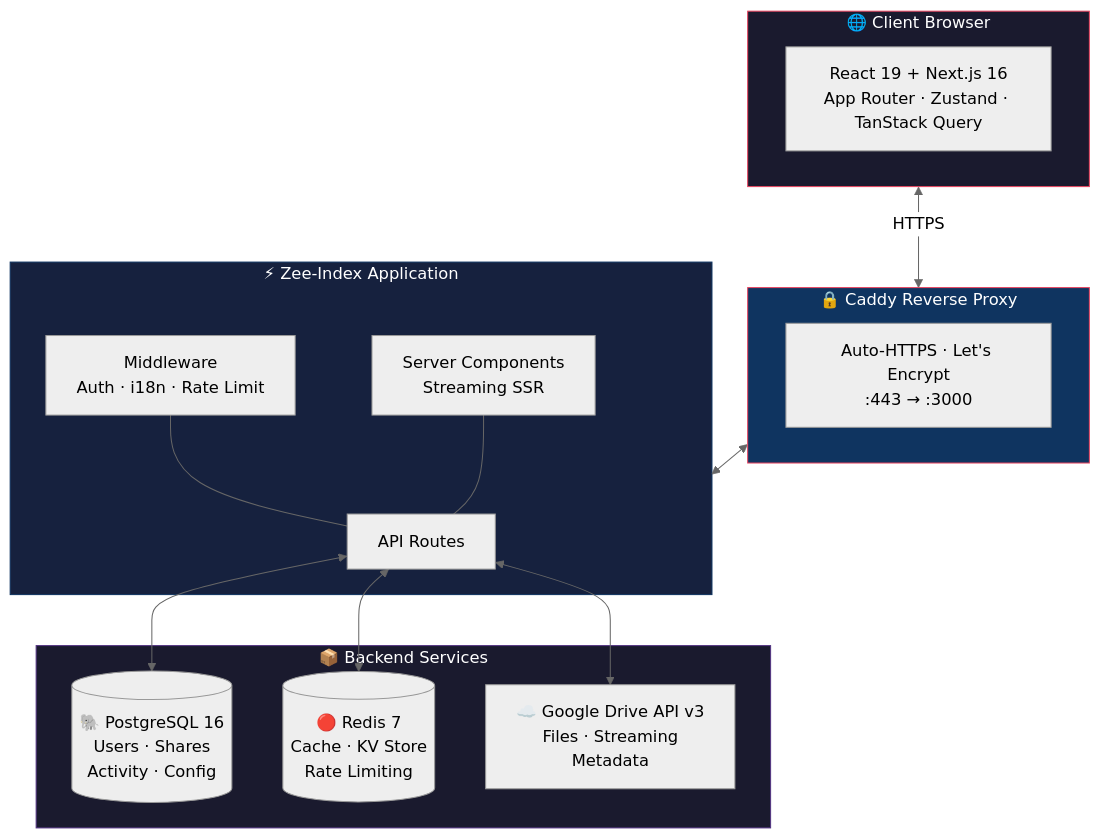
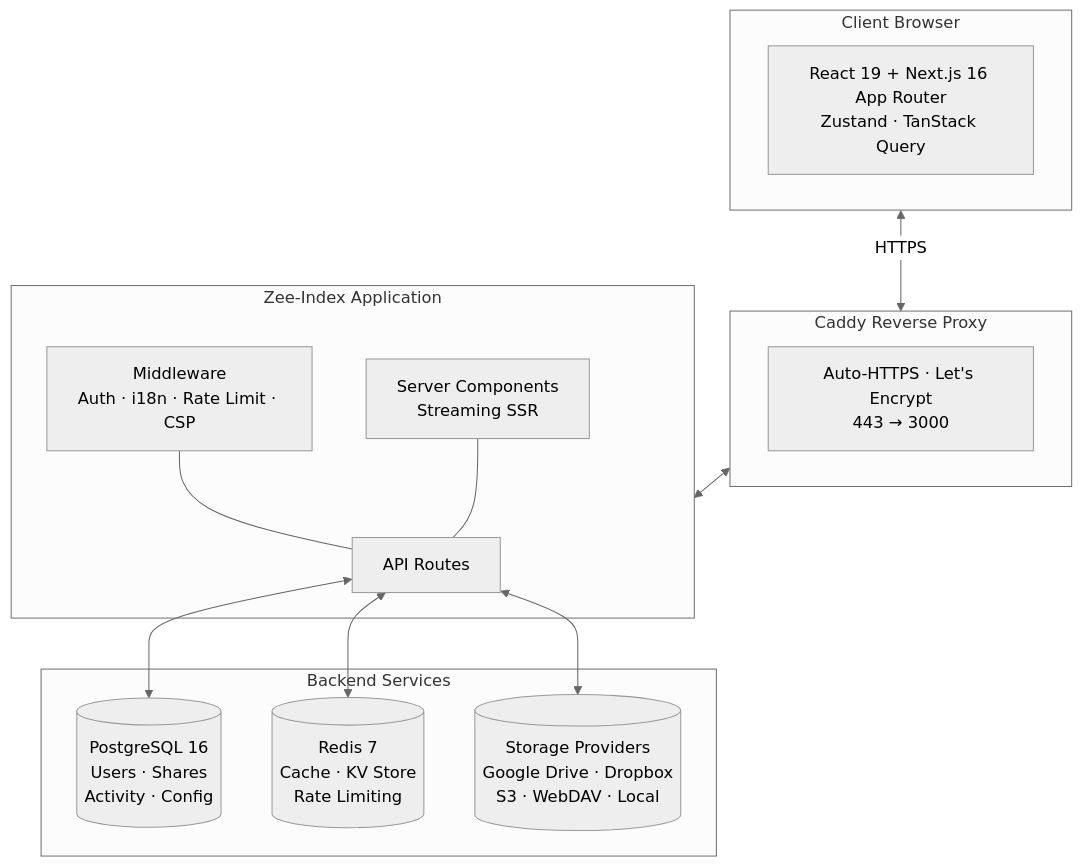
Before and after one commit to ifauzeee/Zee-Index: the diagram in README.md, drawn with Mermaid (neutral theme). The commit also changed other lines of this file and 54 other files, not shown here.

First line of the commit message:
feat(storage): multi-provider support (Dropbox, S3, WebDAV)

````diff
--- a/README.md
+++ b/README.md
@@ -180,35 +147,30 @@
 ```mermaid
 flowchart TB
-    subgraph CLIENT["🌐 Client Browser"]
-        A["React 19 + Next.js 16\nApp Router · Zustand · TanStack Query"]
+    subgraph CLIENT["Client Browser"]
+        A["React 19 + Next.js 16 App Router<br/>Zustand · TanStack Query"]
     end
 
-    subgraph CADDY["🔒 Caddy Reverse Proxy"]
-        B["Auto-HTTPS · Let's Encrypt\n:443 → :3000"]
+    subgraph CADDY["Caddy Reverse Proxy"]
+        B["Auto-HTTPS · Let's Encrypt<br/>443 → 3000"]
     end
 
-    subgraph APP["⚡ Zee-Index Application"]
+    subgraph APP["Zee-Index Application"]
         C["API Routes"]
-        D["Middleware\nAuth · i18n · Rate Limit"]
-        E["Server Components\nStreaming SSR"]
+        D["Middleware<br/>Auth · i18n · Rate Limit · CSP"]
+        E["Server Components<br/>Streaming SSR"]
     end
 
-    subgraph SERVICES["📦 Backend Services"]
-        F[("🐘 PostgreSQL 16\nUsers · Shares\nActivity · Config")]
-        G[("🔴 Redis 7\nCache · KV Store\nRate Limiting")]
-        H["☁️ Google Drive API v3\nFiles · Streaming\nMetadata"]
+    subgraph SERVICES["Backend Services"]
+        F[("PostgreSQL 16<br/>Users · Shares<br/>Activity · Config")]
+        G[("Redis 7<br/>Cache · KV Store<br/>Rate Limiting")]
+        H[("Storage Providers<br/>Google Drive · Dropbox<br/>S3 · WebDAV · Local")]
     end
 
     CLIENT <-->|HTTPS| CADDY
     CADDY <--> APP
     C <--> F
     C <--> G
     C <--> H
     D --- C
     E --- C
-
-    style CLIENT fill:#1a1a2e,stroke:#e94560,color:#fff
-    style CADDY fill:#0f3460,stroke:#e94560,color:#fff
-    style APP fill:#16213e,stroke:#0f3460,color:#fff
-    style SERVICES fill:#1a1a2e,stroke:#533483,color:#fff
 ```
````
